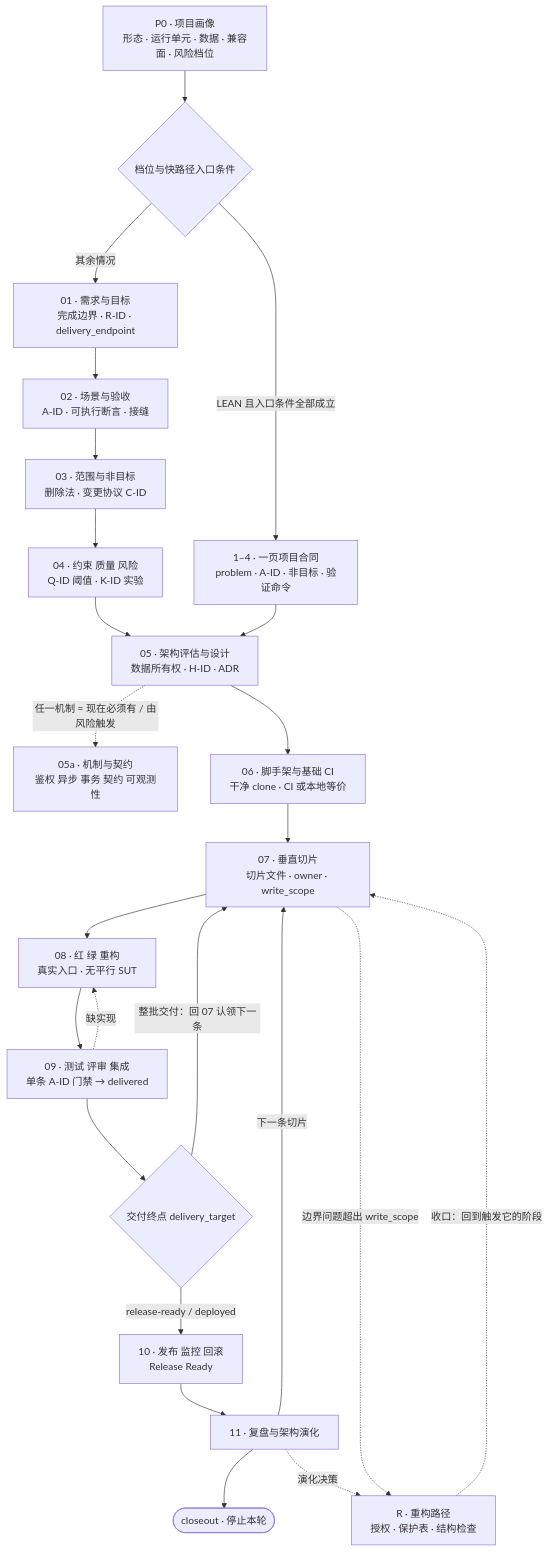
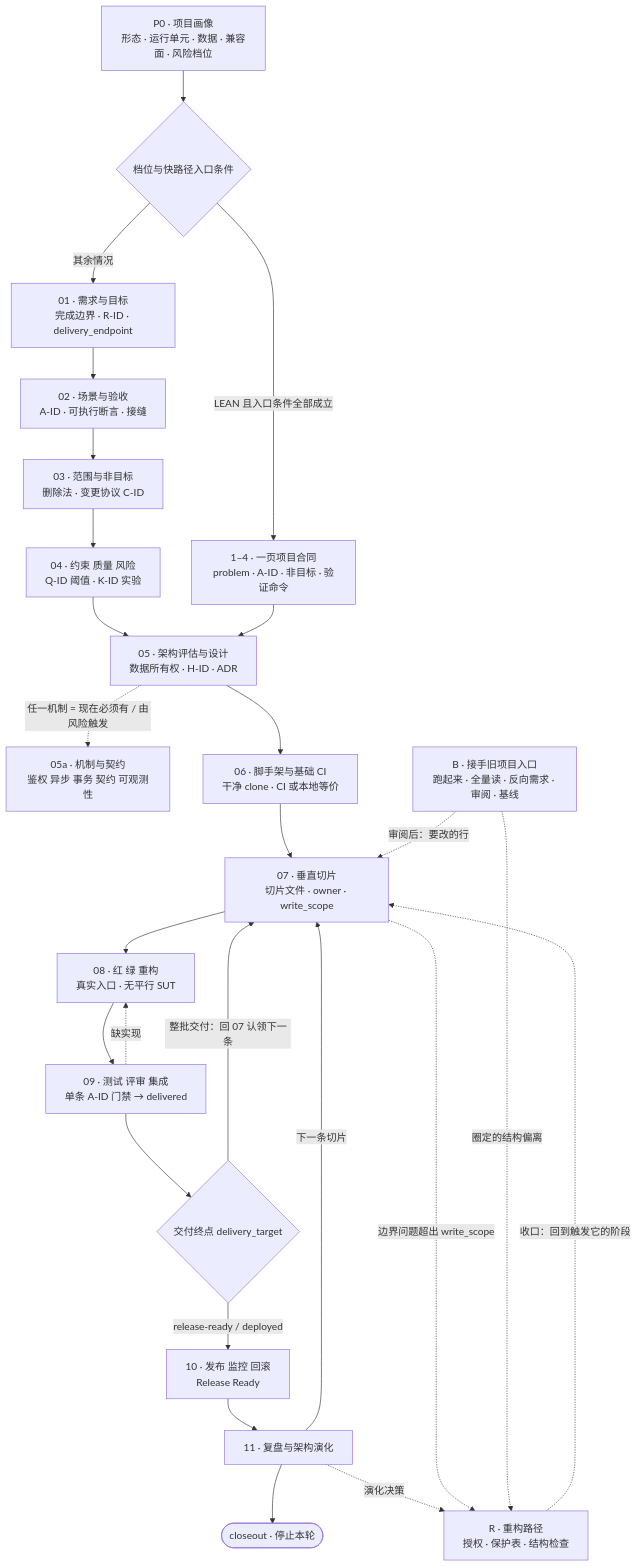
One commit to Brianky111/general-workflow changed the first of 2 diagrams in README.md. Above: the diagram before and after it, drawn with Mermaid. The commit also changed other lines of this file and 27 other files, not shown here.

````diff
--- a/README.md
+++ b/README.md
@@ -11,38 +11,41 @@
 ```mermaid
 flowchart TD
     P0["P0 · 项目画像<br/>形态 · 运行单元 · 数据 · 兼容面 · 风险档位"]
     TIER{"档位与快路径入口条件"}
     LEAN["1–4 · 一页项目合同<br/>problem · A-ID · 非目标 · 验证命令"]
     S1["01 · 需求与目标<br/>完成边界 · R-ID · delivery_endpoint"]
     S2["02 · 场景与验收<br/>A-ID · 可执行断言 · 接缝"]
     S3["03 · 范围与非目标<br/>删除法 · 变更协议 C-ID"]
     S4["04 · 约束 质量 风险<br/>Q-ID 阈值 · K-ID 实验"]
     S5["05 · 架构评估与设计<br/>数据所有权 · H-ID · ADR"]
     S5A["05a · 机制与契约<br/>鉴权 异步 事务 契约 可观测性"]
     S6["06 · 脚手架与基础 CI<br/>干净 clone · CI 或本地等价"]
     S7["07 · 垂直切片<br/>切片文件 · owner · write_scope"]
     S8["08 · 红 绿 重构<br/>真实入口 · 无平行 SUT"]
     S9["09 · 测试 评审 集成<br/>单条 A-ID 门禁 → delivered"]
     ENDP{"交付终点 delivery_target"}
     S10["10 · 发布 监控 回滚<br/>Release Ready"]
     S11["11 · 复盘与架构演化"]
     R["R · 重构路径<br/>授权 · 保护表 · 结构检查"]
+    B["B · 接手旧项目入口<br/>跑起来 · 全量读 · 反向需求 · 审阅 · 基线"]
     OUT(["closeout · 停止本轮"])
 
     P0 --> TIER
     TIER -->|"LEAN 且入口条件全部成立"| LEAN
     TIER -->|"其余情况"| S1
     S1 --> S2 --> S3 --> S4 --> S5
     LEAN --> S5
     S5 -.->|"任一机制 = 现在必须有 / 由风险触发"| S5A
     S5 --> S6 --> S7 --> S8 --> S9 --> ENDP
     ENDP -->|"整批交付：回 07 认领下一条"| S7
     ENDP -->|"release-ready / deployed"| S10
     S10 --> S11
     S11 -->|"下一条切片"| S7
     S11 --> OUT
     S9 -.->|"缺实现"| S8
     S11 -.->|"演化决策"| R
     S7 -.->|"边界问题超出 write_scope"| R
     R -.->|"收口：回到触发它的阶段"| S7
+    B -.->|"审阅后：要改的行"| S7
+    B -.->|"圈定的结构偏离"| R
 ```
````
